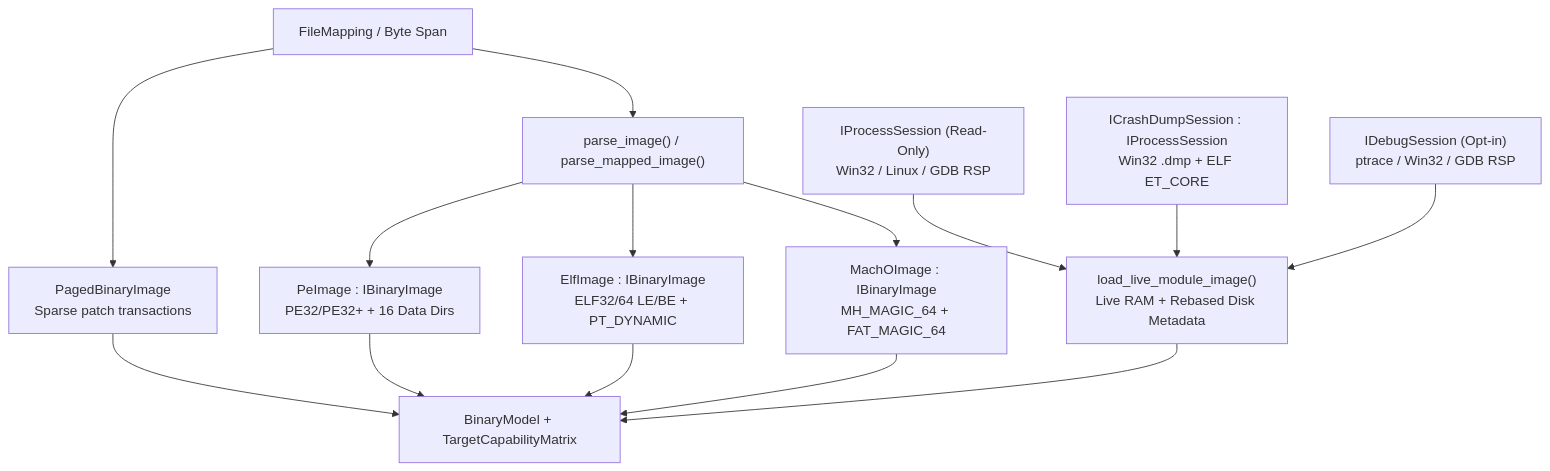
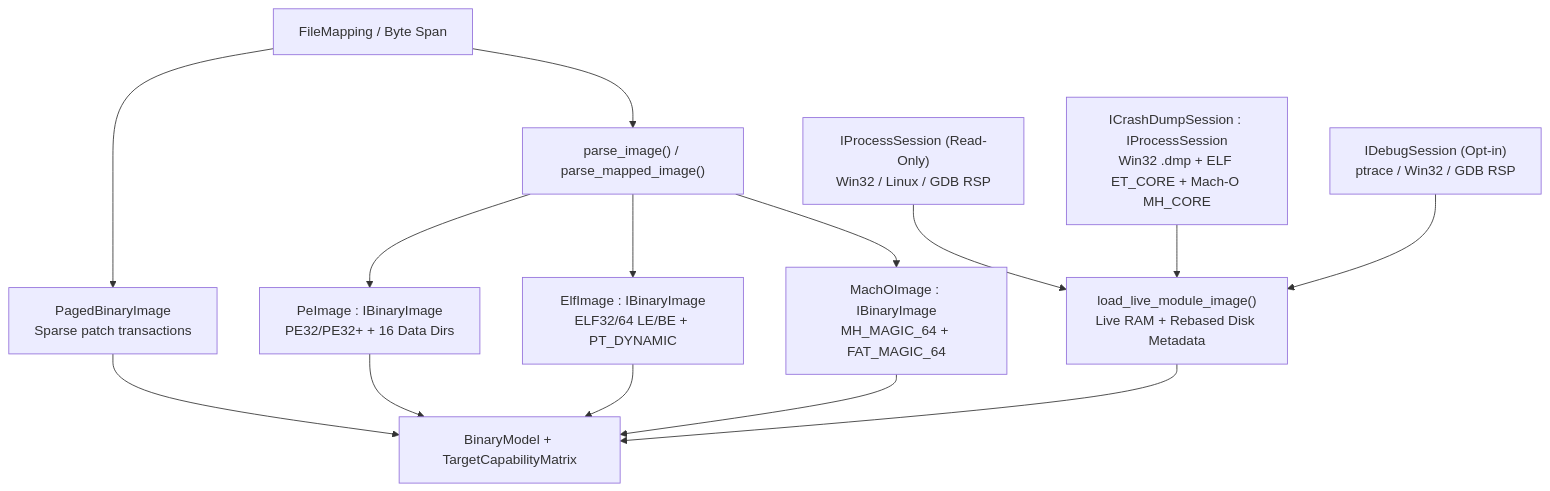
Before and after one commit to wsollers/exe_viewer: the second of 7 diagrams in docs/ARCHITECTURE.md, drawn with Mermaid. The commit also changed other lines of this file and 26 other files, not shown here.

````diff
--- a/docs/ARCHITECTURE.md
+++ b/docs/ARCHITECTURE.md
@@ -48,28 +48,28 @@
 ```mermaid
 flowchart TD
     bytes["FileMapping / Byte Span"]
     parse["parse_image() / parse_mapped_image()"]
     pe["PeImage : IBinaryImage<br/>PE32/PE32+ + 16 Data Dirs"]
     elf["ElfImage : IBinaryImage<br/>ELF32/64 LE/BE + PT_DYNAMIC"]
     macho["MachOImage : IBinaryImage<br/>MH_MAGIC_64 + FAT_MAGIC_64"]
     paged["PagedBinaryImage<br/>Sparse patch transactions"]
     ro["IProcessSession (Read-Only)<br/>Win32 / Linux / GDB RSP"]
-    dump["ICrashDumpSession : IProcessSession<br/>Win32 .dmp + ELF ET_CORE"]
+    dump["ICrashDumpSession : IProcessSession<br/>Win32 .dmp + ELF ET_CORE + Mach-O MH_CORE"]
     dbg["IDebugSession (Opt-in)<br/>ptrace / Win32 / GDB RSP"]
     hybrid["load_live_module_image()<br/>Live RAM + Rebased Disk Metadata"]
     model["BinaryModel + TargetCapabilityMatrix"]
 
     bytes --> parse
     parse --> pe
     parse --> elf
     parse --> macho
     bytes --> paged
     paged --> model
     pe --> model
     elf --> model
     macho --> model
     ro --> hybrid
     dump --> hybrid
     dbg --> hybrid
     hybrid --> model
 ```
````
